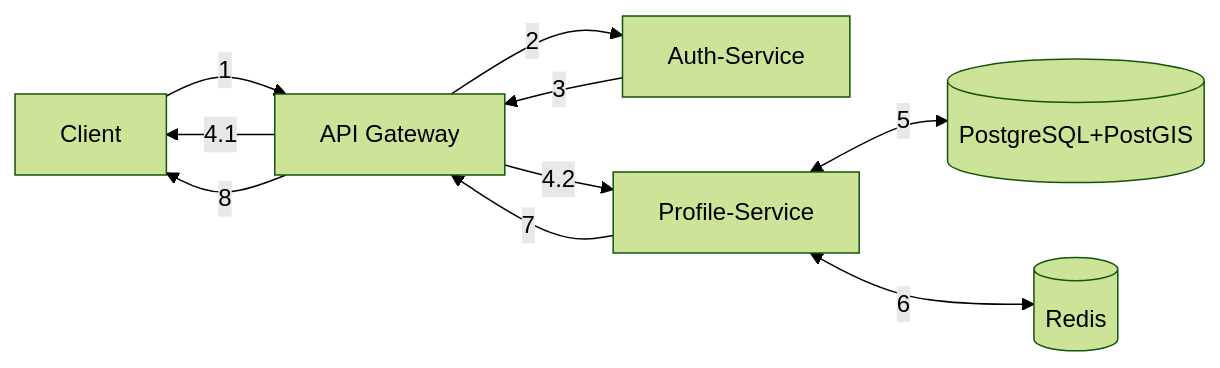
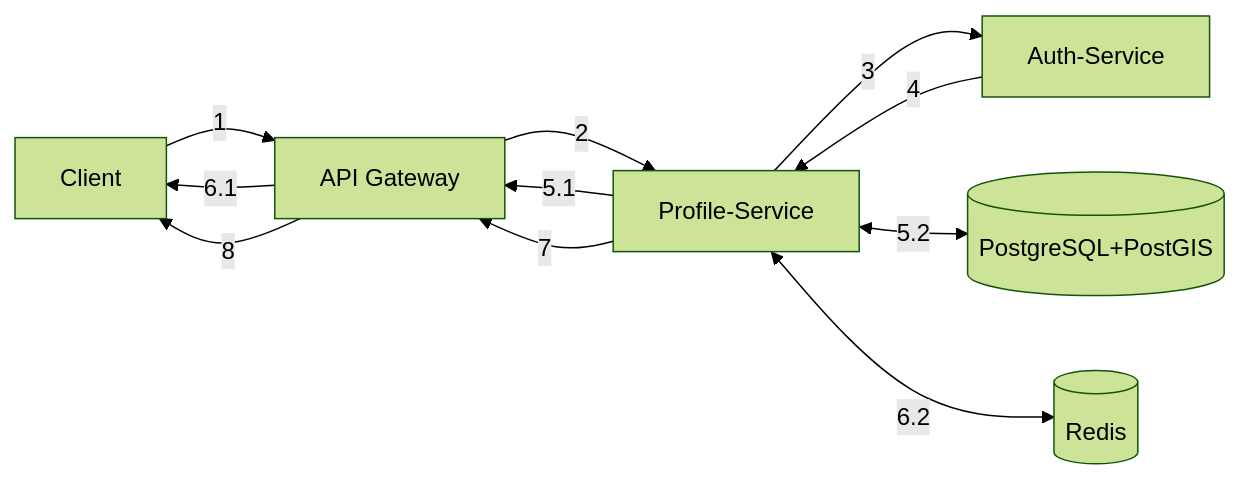
One commit to isOdin-l/TinderArt changed the first of 2 diagrams in README.md. Above: the diagram before and after it, drawn with Mermaid (forest theme). The commit also changed other lines of this file and 5 other files, not shown here.

Commit message:
docs: updated workflow, architecture, structures docs

````diff
--- a/README.md
+++ b/README.md
@@ -139,19 +22,18 @@
 ```mermaid
 flowchart LR
 
 Client["Client"]
 Gateway["API Gateway"]
 Auth["Auth-Service"]
 Profile["Profile-Service"]
 DB_Profile[("PostgreSQL+PostGIS")]
 Cache[("Redis")]
 
+Client -->|1| Gateway -->|2| Profile-->|3| Auth-->|4| Profile 
+Profile-->|5.1| Gateway -->|6.1| Client
 
-Client -->|1| Gateway -->|2| Auth -->|3| Gateway -->|4.1| Client
-Gateway-->|4.2| Profile
-
-Profile<-->|5| DB_Profile
-Profile<-->|6| Cache
+Profile<-->|5.2| DB_Profile
+Profile<-->|6.2| Cache
 
 Profile -->|7| Gateway-->|8| Client
 ```
````
